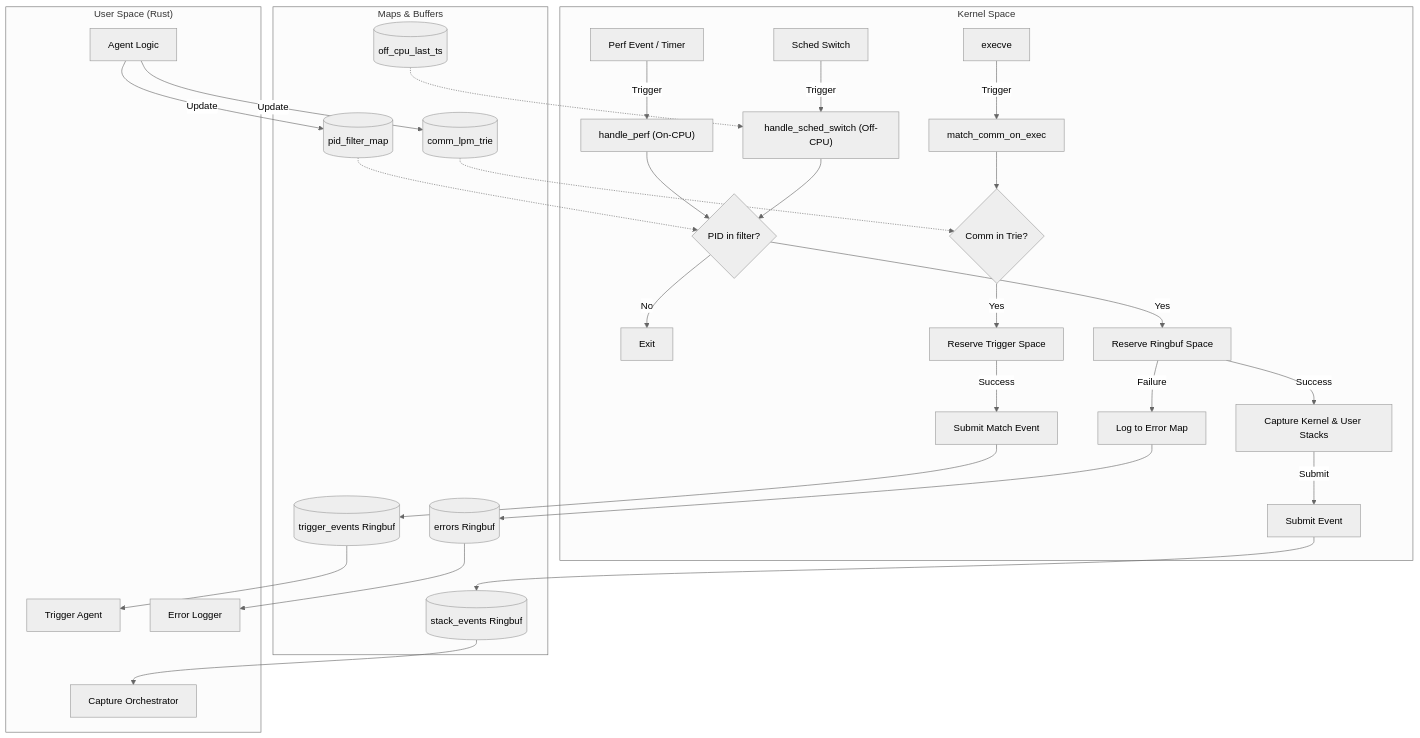
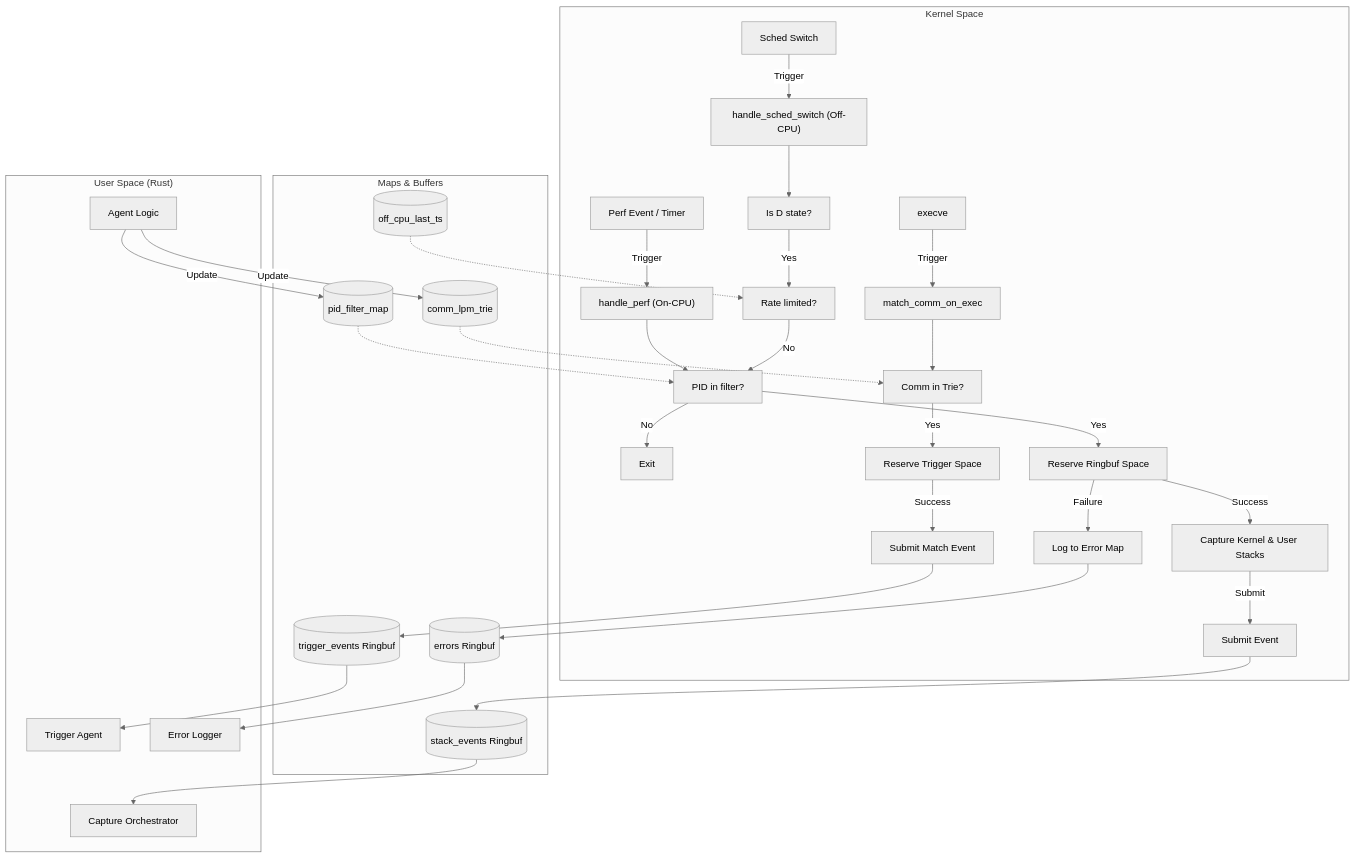
Before and after one commit to sugarraysam/bistouri: the diagram in docs/ebpf.qmd, drawn with Mermaid (neutral theme). The commit also changed other lines of this file and 4 other files, not shown here.

````diff
--- a/docs/ebpf.qmd
+++ b/docs/ebpf.qmd
@@ -80,38 +80,40 @@
 ```{mermaid}
 graph TD
     subgraph "Kernel Space"
         P["Perf Event / Timer"] -->|"Trigger"| H["handle_perf (On-CPU)"]
         S["Sched Switch"] -->|"Trigger"| SS["handle_sched_switch (Off-CPU)"]
         E["execve"] -->|"Trigger"| M["match_comm_on_exec"]
 
-        H --> L1{"PID in filter?"}
-        SS --> L1
+        H --> L1["PID in filter?"]
+        SS --> L3["Is D state?"]
+        L3 -->|"Yes"| L4["Rate limited?"]
+        L4 -->|"No"| L1
         L1 -->|"No"| Exit["Exit"]
         L1 -->|"Yes"| R1["Reserve Ringbuf Space"]
 
         R1 -->|"Success"| ST["Capture Kernel & User Stacks"]
         ST -->|"Submit"| Sub["Submit Event"]
         R1 -->|"Failure"| Err["Log to Error Map"]
 
-        M --> L2{"Comm in Trie?"}
+        M --> L2["Comm in Trie?"]
         L2 -->|"Yes"| R2["Reserve Trigger Space"]
         R2 -->|"Success"| Sub2["Submit Match Event"]
     end
 
     subgraph "Maps & Buffers"
         Sub --> RB1[("stack_events Ringbuf")]
         Sub2 --> RB2[("trigger_events Ringbuf")]
         Err --> RB3[("errors Ringbuf")]
         T[("comm_lpm_trie")] -.-> L2
         F[("pid_filter_map")] -.-> L1
-        L[("off_cpu_last_ts")] -.-> SS
+        L[("off_cpu_last_ts")] -.-> L4
     end
 
     subgraph "User Space (Rust)"
         RB1 --> Reader1["Capture Orchestrator"]
         RB2 --> Reader2["Trigger Agent"]
         RB3 --> Reader3["Error Logger"]
         Control["Agent Logic"] -->|"Update"| F
         Control -->|"Update"| T
     end
 ```
````
